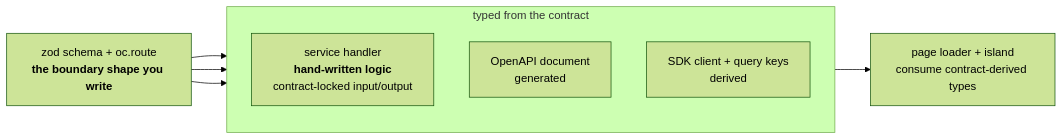
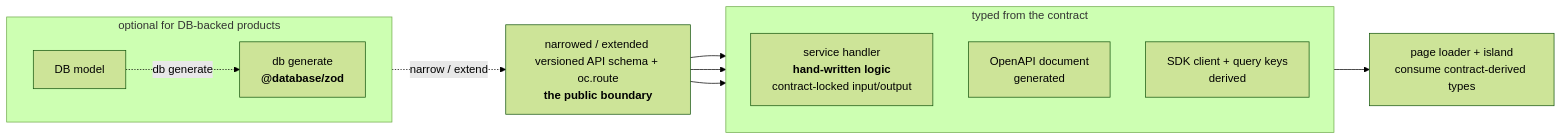
One commit to rickylabs/netscript changed the diagram in docs/site/_diagrams/contract-flow.mmd. Above: the diagram before and after it, drawn with Mermaid (forest theme). The commit also changed 4 other files, not shown here.

Commit message:
docs(diagram): prove optional database predecessor flow

```diff
--- a/docs/site/_diagrams/contract-flow.mmd
+++ b/docs/site/_diagrams/contract-flow.mmd
@@ -1,16 +1,23 @@
 %% Source for assets/diagrams/contract-flow.svg
 %% Rendered to a committed static SVG by the SEPARATE dev task in render.ts.
 %% This file is NOT consumed by `deno task build`; the site ships the SVG only.
 flowchart LR
-  schema["zod schema + oc.route<br/><b>the boundary shape you write</b>"]
+  subgraph optional["optional for DB-backed products"]
+    direction LR
+    model["DB model"]
+    generated["db generate<br/><b>@database/zod</b>"]
+    model -. "db generate" .-> generated
+  end
+  schema["narrowed / extended versioned API schema + oc.route<br/><b>the public boundary</b>"]
   subgraph typed["typed from the contract"]
     direction TB
     handler["service handler<br/><b>hand-written logic</b><br/>contract-locked input/output"]
     openapi["OpenAPI document<br/>generated"]
     sdk["SDK client + query keys<br/>derived"]
   end
   page["page loader + island<br/>consume contract-derived types"]
+  generated -. "narrow / extend" .-> schema
   schema --> handler
   schema --> openapi
   schema --> sdk
   sdk --> page
```
